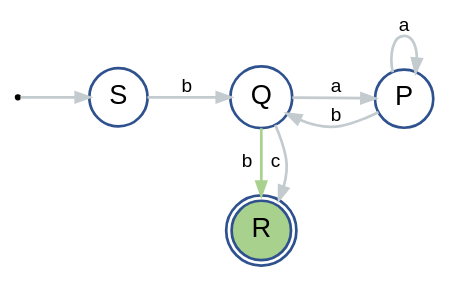
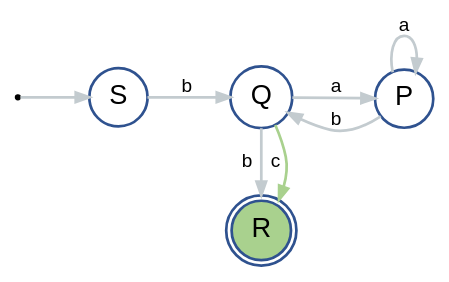
Before and after one commit to rosedth/FSM-Normal: the diagram in fsm-normal/FSM.dot, drawn with Graphviz. The commit also changed 5 other files, not shown here.

```diff
--- a/fsm-normal/FSM.dot
+++ b/fsm-normal/FSM.dot
@@ -1,69 +1,69 @@
 digraph G {
 
   graph [
     forcelabels=true;
     bgcolor = white,
     fontsize = 20,
     style = "filled",
     rankdir = LR,
     overlap = false;
     splines = true,
     ranksep = 0.7,
     nodesep = 0.35,
   ];
   
   node [
     style = "solid,bold,filled",
     fontsize = 20,
     shape=circle,
     fontname = "Arial",
     color = "#2f528f",
     fillcolor=white,
   ];
   
   edge [
     style = "solid,bold",
     fontsize = 14,
     fontcolor = black,
     fontname = "Arial",
     color = "#c3cbcf",
     labelfloat = false,
     labeldistance = 0.5,
     labelangle = 90
     arrowhead = normal
   ];
   
 
   # NODES
 
   o [style=solid,color=black,fillcolor=black,shape=point];
 
   P;
 
   Q;
 
   R[shape = doublecircle,fillcolor="#a9d18e"];
 
   S;
 
   # TRANSITIONS
 
   o -> S;
 
-  S -> Q [label = b];
+  P -> Q [label = b];
 
   P -> P [label = a];
 
   Q -> P [label = a];
 
-  P -> Q [label = b];
+  S -> Q [label = b];
 
   {rank=same
 
-  Q -> R [label = c];
+  Q -> R [color="#a9d18e",label = c];
 
-  Q -> R [color="#a9d18e",label = b];
+  Q -> R [label = b];
 
   }
 
 }
```
